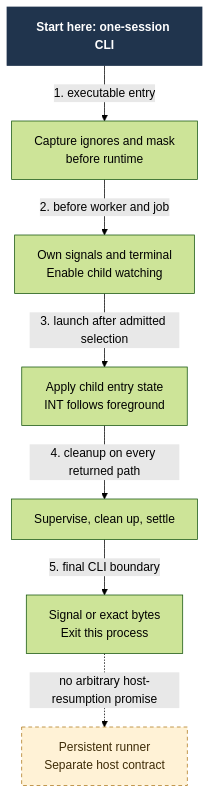
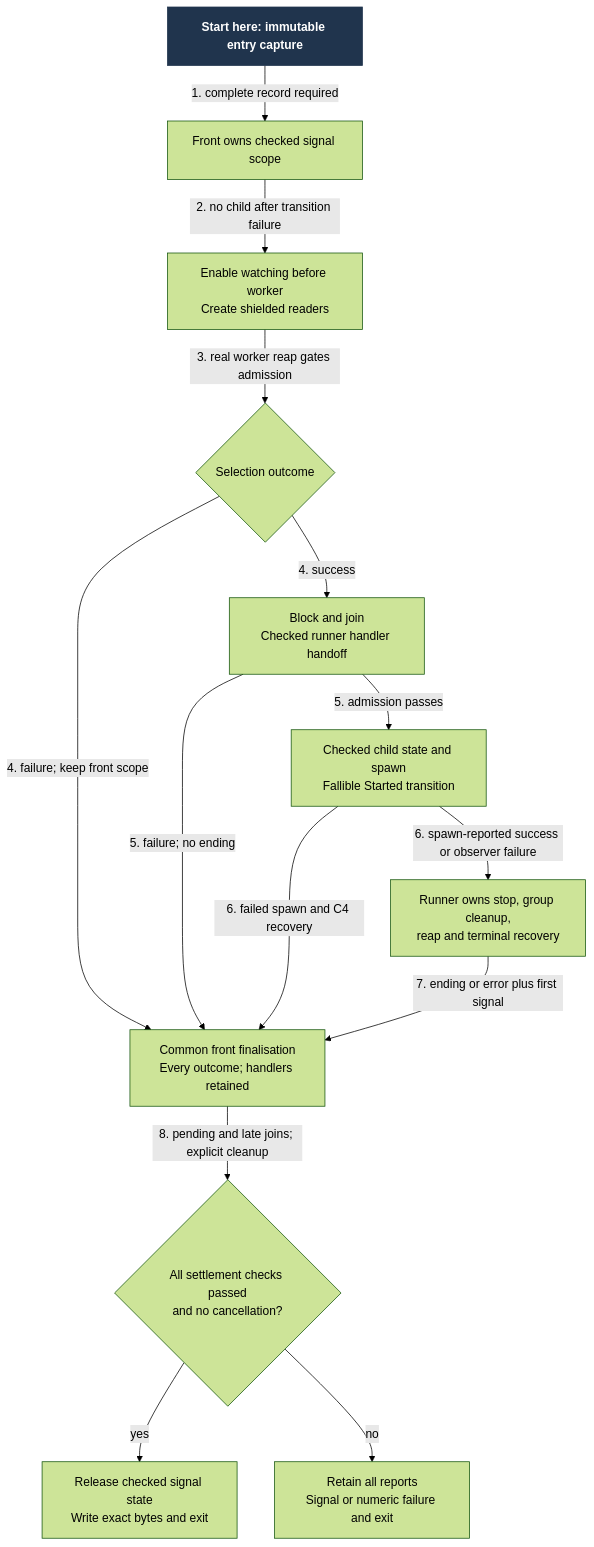
The diagram in docs/design/result-job/native-entry.mmd (Linkuistics/Ravel), drawn with Mermaid (forest theme) before and after one commit. The commit also changed 10 other files, not shown here.

Commit message:
native-entry-transitions-k20: design checked entry settlement and price complete repair

```diff
--- a/docs/design/result-job/native-entry.mmd
+++ b/docs/design/result-job/native-entry.mmd
@@ -1,18 +1,27 @@
 flowchart TB
-  start["Start here: one-session CLI"]
-  entry["Capture ignores and mask<br/>before runtime"]
-  authority["Own signals and terminal<br/>Enable child watching"]
-  child["Apply child entry state<br/>INT follows foreground"]
-  settle["Supervise, clean up, settle"]
-  exit["Signal or exact bytes<br/>Exit this process"]
-  host["Persistent runner<br/>Separate host contract"]
-  start -->|"1. executable entry"| entry
-  entry -->|"2. before worker and job"| authority
-  authority -->|"3. launch after admitted selection"| child
-  child -->|"4. cleanup on every returned path"| settle
-  settle -->|"5. final CLI boundary"| exit
-  exit -.->|"no arbitrary host-resumption promise"| host
+  start["Start here: immutable entry capture"]
+  front["Front owns checked signal scope"]
+  worker["Enable watching before worker<br/>Create shielded readers"]
+  choice{"Selection outcome"}
+  runner["Block and join<br/>Checked runner handler handoff"]
+  child["Checked child state and spawn<br/>Fallible Started transition"]
+  supervise["Runner owns stop, group cleanup,<br/>reap and terminal recovery"]
+  settle["Common front finalisation<br/>Every outcome; handlers retained"]
+  result{"All settlement checks passed<br/>and no cancellation?"}
+  success["Release checked signal state<br/>Write exact bytes and exit"]
+  failure["Retain all reports<br/>Signal or numeric failure and exit"]
+  start -->|"1. complete record required"| front
+  front -->|"2. no child after transition failure"| worker
+  worker -->|"3. real worker reap gates admission"| choice
+  choice -->|"4. success"| runner
+  choice -->|"4. failure; keep front scope"| settle
+  runner -->|"5. admission passes"| child
+  runner -->|"5. failure; no ending"| settle
+  child -->|"6. spawn-reported success or observer failure"| supervise
+  child -->|"6. failed spawn and C4 recovery"| settle
+  supervise -->|"7. ending or error plus first signal"| settle
+  settle -->|"8. pending and late joins; explicit cleanup"| result
+  result -->|"yes"| success
+  result -->|"no"| failure
   classDef start fill:#20344d,color:#fff,stroke:#20344d,font-weight:bold
-  classDef limit fill:#fff2d6,color:#3e2c08,stroke:#ae791a,stroke-dasharray:5 4
   class start start
-  class host limit
```
